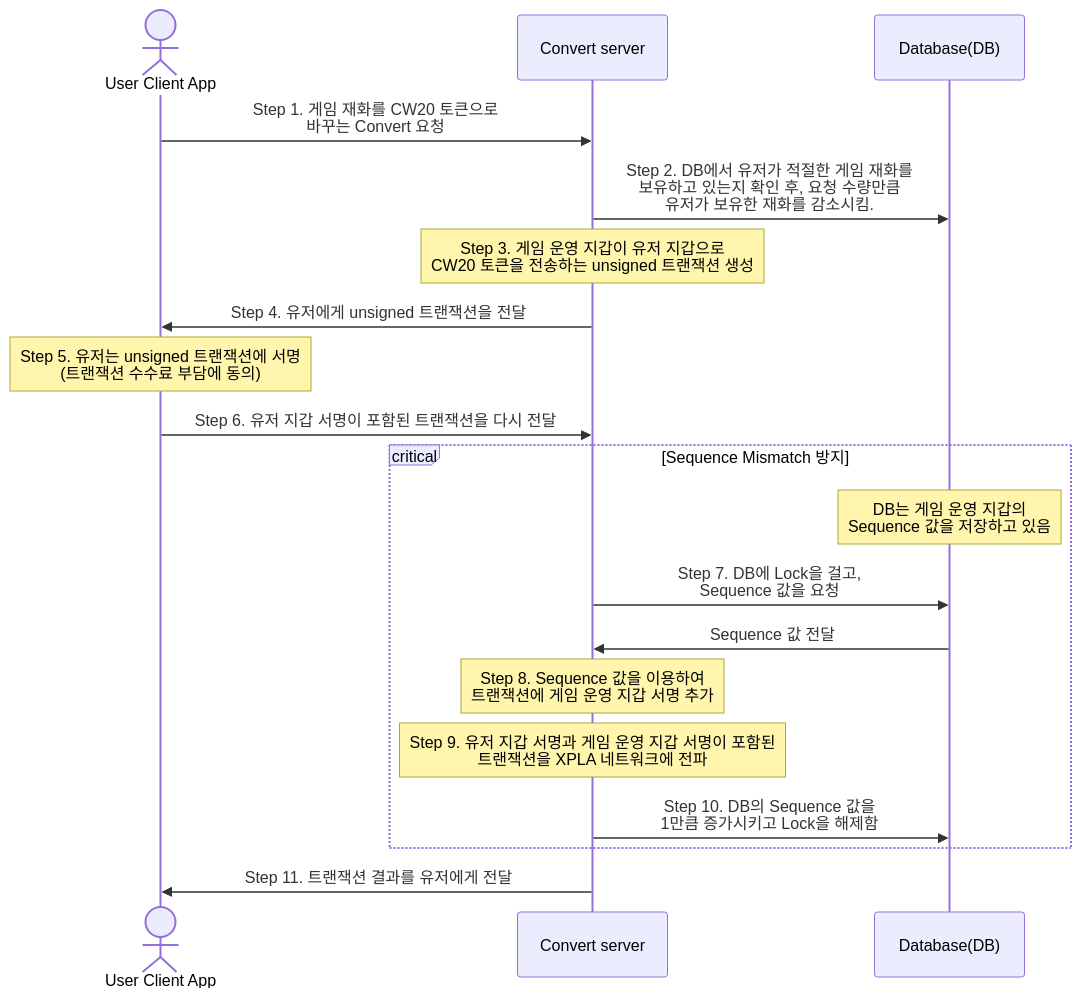
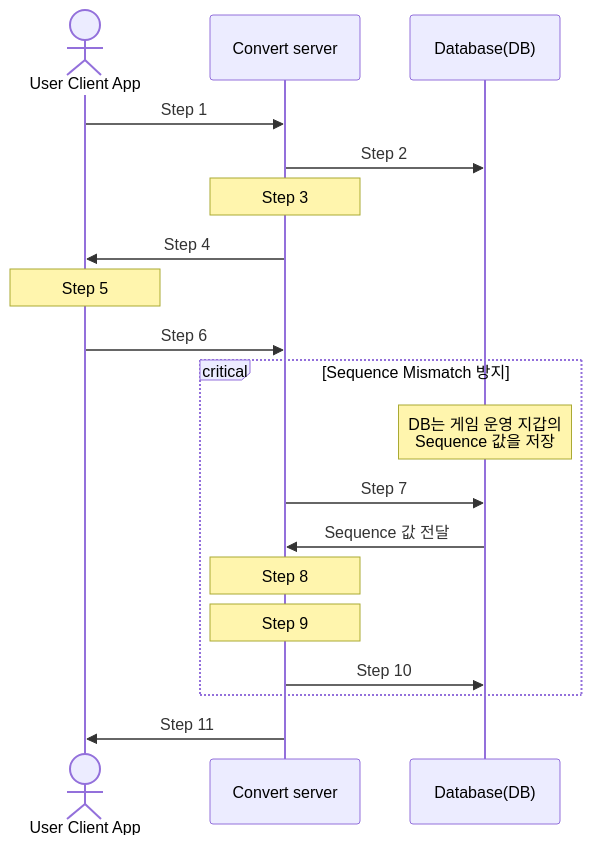
One commit to xpladev/academy changed the first of 2 diagrams in docs/3-tutorial/3-deep-understand-xpla/5-convert.mdx. Above: the diagram before and after it, drawn with Mermaid. The commit also changed other lines of this file and 4 other files, not shown here.

````diff
--- a/docs/3-tutorial/3-deep-understand-xpla/5-convert.mdx
+++ b/docs/3-tutorial/3-deep-understand-xpla/5-convert.mdx
@@ -52,21 +53,23 @@
 ```mermaid
 sequenceDiagram
     actor U as User Client App;
     participant C as Convert server;
     participant D as Database(DB);
-    U->>C: Step 1. 게임 재화를 CW20 토큰으로<br/> 바꾸는 Convert 요청 
-    C->>D: Step 2. DB에서 유저가 적절한 게임 재화를<br/> 보유하고 있는지 확인 후, 요청 수량만큼<br/> 유저가 보유한 재화를 감소시킴.
-    Note over C: Step 3. 게임 운영 지갑이 유저 지갑으로<br/> CW20 토큰을 전송하는 unsigned 트랜잭션 생성
-    C->>U: Step 4. 유저에게 unsigned 트랜잭션을 전달
-    Note over U: Step 5. 유저는 unsigned 트랜잭션에 서명<br/>(트랜잭션 수수료 부담에 동의)
-    U->>C: Step 6. 유저 지갑 서명이 포함된 트랜잭션을 다시 전달
+    U->>C: Step 1
+    C->>D: Step 2
+    Note over C: Step 3
+    C->>U: Step 4
+    Note over U: Step 5
+    U->>C: Step 6
     critical Sequence Mismatch 방지
-        Note over D: DB는 게임 운영 지갑의 <br/>Sequence 값을 저장하고 있음
-        C->>D: Step 7. DB에 Lock을 걸고,<br/> Sequence 값을 요청
+        Note over D: DB는 게임 운영 지갑의 <br/>Sequence 값을 저장
+        C->>D: Step 7
         D->>C: Sequence 값 전달
-        Note over C: Step 8. Sequence 값을 이용하여 <br/> 트랜잭션에 게임 운영 지갑 서명 추가
-        Note over C: Step 9. 유저 지갑 서명과 게임 운영 지갑 서명이 포함된 <br/>트랜잭션을 XPLA 네트워크에 전파
-        C->>D: Step 10. DB의 Sequence 값을<br/> 1만큼 증가시키고 Lock을 해제함
+        Note over C: Step 8
+        Note over C: Step 9
+        C->>D: Step 10
     end
-    C->>U: Step 11. 트랜잭션 결과를 유저에게 전달
+    C->>U: Step 11
+
+%%{init:{'themeCSS':'.messageText:nth-of-type(1) { font-weight: bold !important; fill:#004FFF;}; .messageText:nth-of-type(2) { font-weight: bold !important; fill:#004FFF;}; .messageText:nth-of-type(3) { font-weight: bold !important; fill:#004FFF;}; .messageText:nth-of-type(4) { font-weight: bold !important; fill:#004FFF;}; .messageText:nth-of-type(5) { font-weight: bold !important; fill:#004FFF;}; .messageText:nth-of-type(7) { font-weight: bold !important; fill:#004FFF;}; .messageText:nth-of-type(8) { font-weight: bold !important; fill:#004FFF;}; g:nth-of-type(5) .note { stroke: #004FFF;fill: white; }; g:nth-of-type(5) .noteText tspan { fill: #004FFF; font-weight:bold;}; g:nth-of-type(6) .note { stroke: #004FFF;fill: white; }; g:nth-of-type(6) .noteText tspan { fill: #004FFF; font-weight:bold;}; g:nth-of-type(7) .note { stroke: #004FFF;fill: white; }; g:nth-of-type(8) .note { stroke: #004FFF;fill: white; }; g:nth-of-type(8) .noteText tspan { fill: #004FFF; font-weight:bold;}; g:nth-of-type(9) .note { stroke: #004FFF;fill: white; }; g:nth-of-type(9) .noteText tspan { fill: #004FFF; font-weight:bold;};'}}%%
 ```
````
